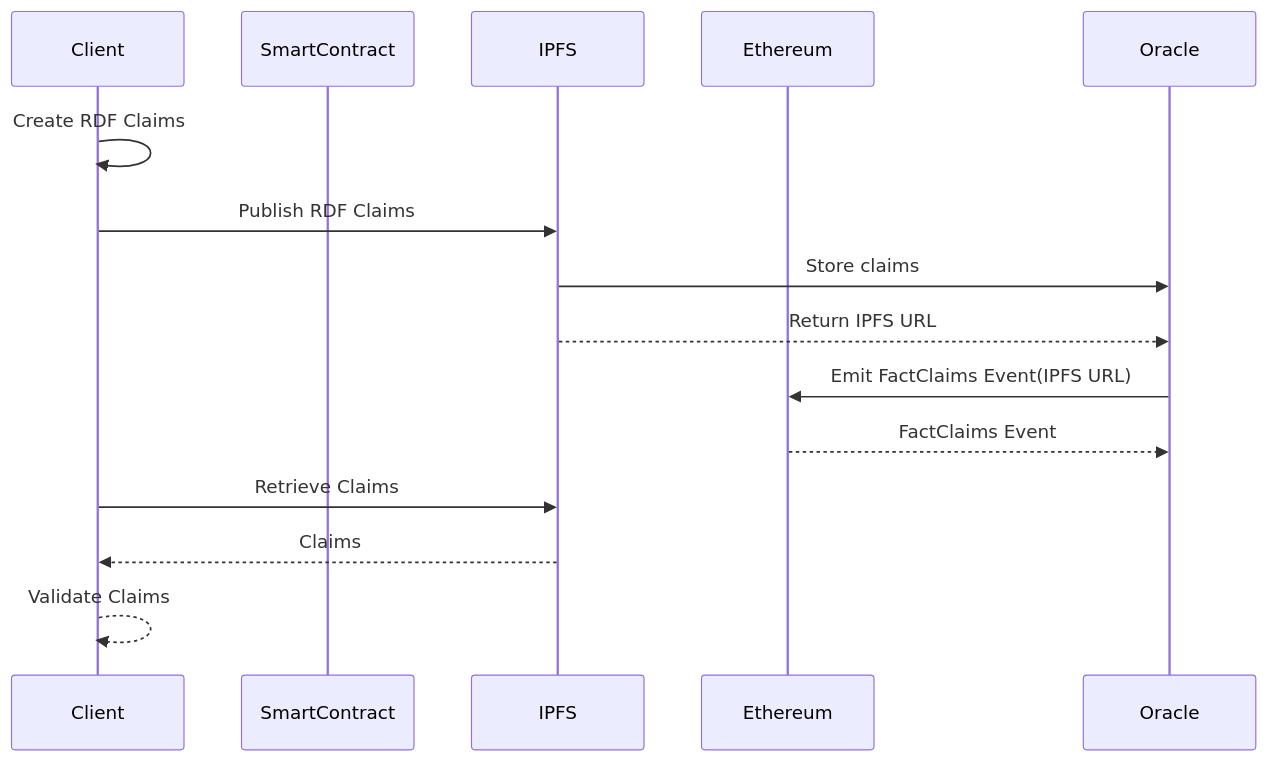
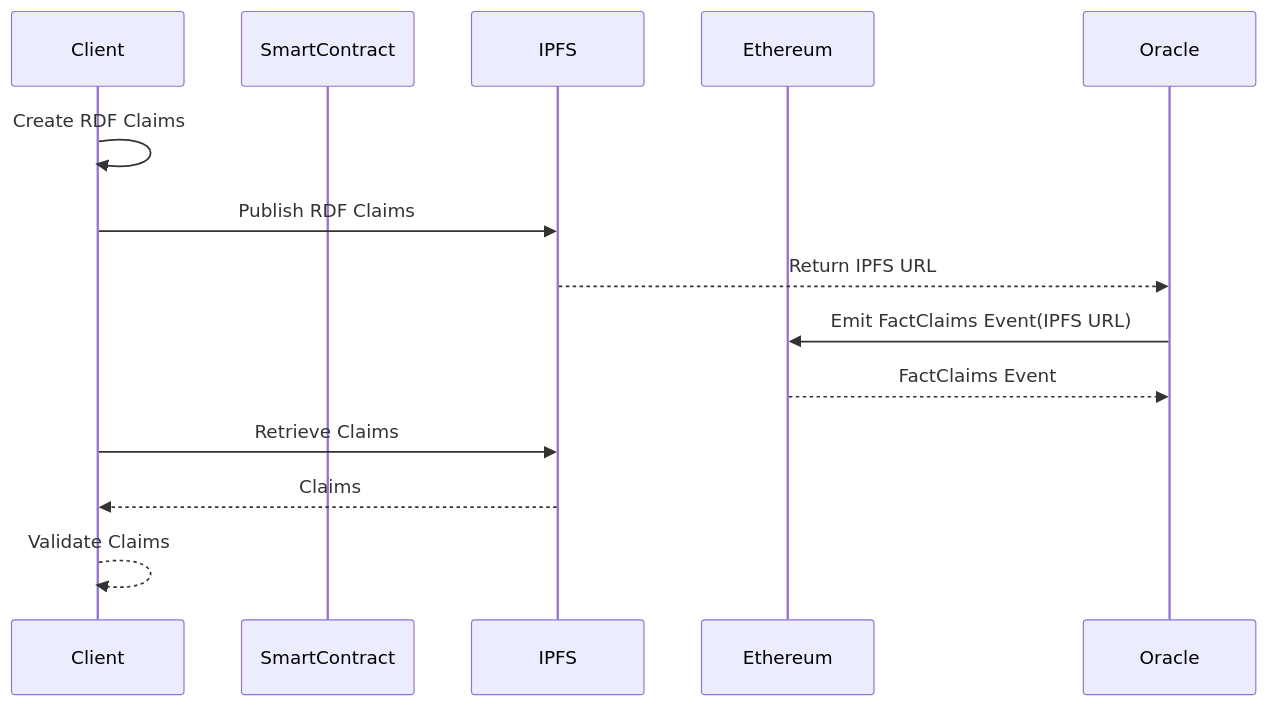
The third of 3 diagrams in www/content/rfc/draft.md (fact-claims/fact.claims), drawn with Mermaid before and after one commit.

````diff
--- a/www/content/rfc/draft.md
+++ b/www/content/rfc/draft.md
@@ -122,18 +122,17 @@
 ```mermaid
 sequenceDiagram
     participant Client
     participant SmartContract
     participant IPFS
     participant Ethereum
     participant Oracle
 
     Client->>Client: Create RDF Claims
     Client->>IPFS: Publish RDF Claims
-    IPFS->>Oracle: Store claims
     IPFS-->>Oracle: Return IPFS URL
     Oracle->>Ethereum: Emit FactClaims Event(IPFS URL)
     Ethereum-->>Oracle: FactClaims Event
     Client->>IPFS: Retrieve Claims
     IPFS-->>Client: Claims
     Client-->>Client: Validate Claims
 ```
````
